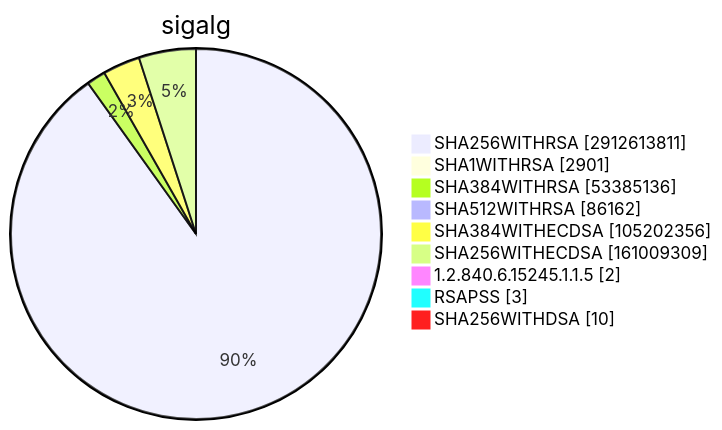
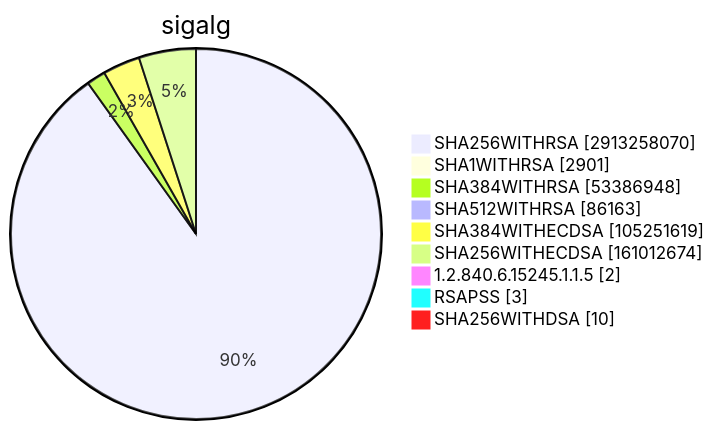
One commit to christiankrug/ctmonitor_visualization changed diagram 15 of 15 in TOTAL/README.md. Above: the diagram before and after it, drawn with Mermaid. The commit also changed other lines of this file, not shown here.

````diff
--- a/TOTAL/README.md
+++ b/TOTAL/README.md
@@ -6207,13 +6207,13 @@
 ```mermaid
 pie showData
 title sigalg
-"SHA256WITHRSA" :2912613811
+"SHA256WITHRSA" :2913258070
 "SHA1WITHRSA" :2901
-"SHA384WITHRSA" :53385136
-"SHA512WITHRSA" :86162
-"SHA384WITHECDSA" :105202356
-"SHA256WITHECDSA" :161009309
+"SHA384WITHRSA" :53386948
+"SHA512WITHRSA" :86163
+"SHA384WITHECDSA" :105251619
+"SHA256WITHECDSA" :161012674
 "1.2.840.6.15245.1.1.5" :2
 "RSAPSS" :3
 "SHA256WITHDSA" :10
 ```
````
